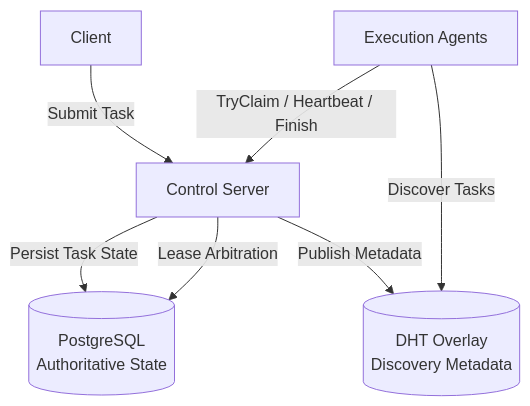
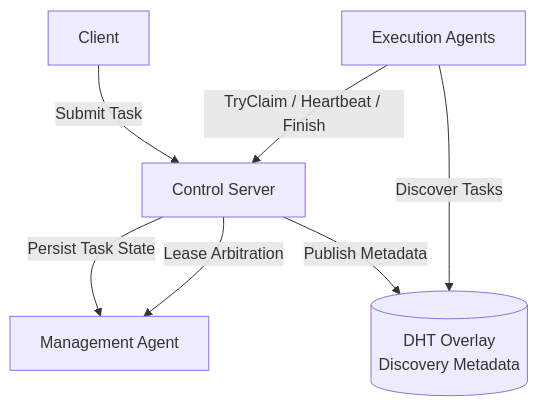
The diagram in docs/architecture.mmd (Team-Gurumi/MC-prototype), drawn with Mermaid before and after one commit. The commit also changed 1 other file, not shown here.

Commit message:
docs: generalize state backend in paper-facing diagrams

```diff
--- a/docs/architecture.mmd
+++ b/docs/architecture.mmd
@@ -1,21 +1,21 @@
 graph TB
 
 Client[Client]
 
 Control[Control Server]
 
 Agents[Execution Agents]
 
-Postgres[(PostgreSQL\nAuthoritative State)]
+ManagementAgent[Management Agent]
 
 DHT[(DHT Overlay\nDiscovery Metadata)]
 
 Client -->|Submit Task| Control
 
-Control -->|Persist Task State| Postgres
-Control -->|Lease Arbitration| Postgres
+Control -->|Persist Task State| ManagementAgent
+Control -->|Lease Arbitration| ManagementAgent
 
 Control -->|Publish Metadata| DHT
 
 Agents -->|Discover Tasks| DHT
 Agents -->|TryClaim / Heartbeat / Finish| Control
```
